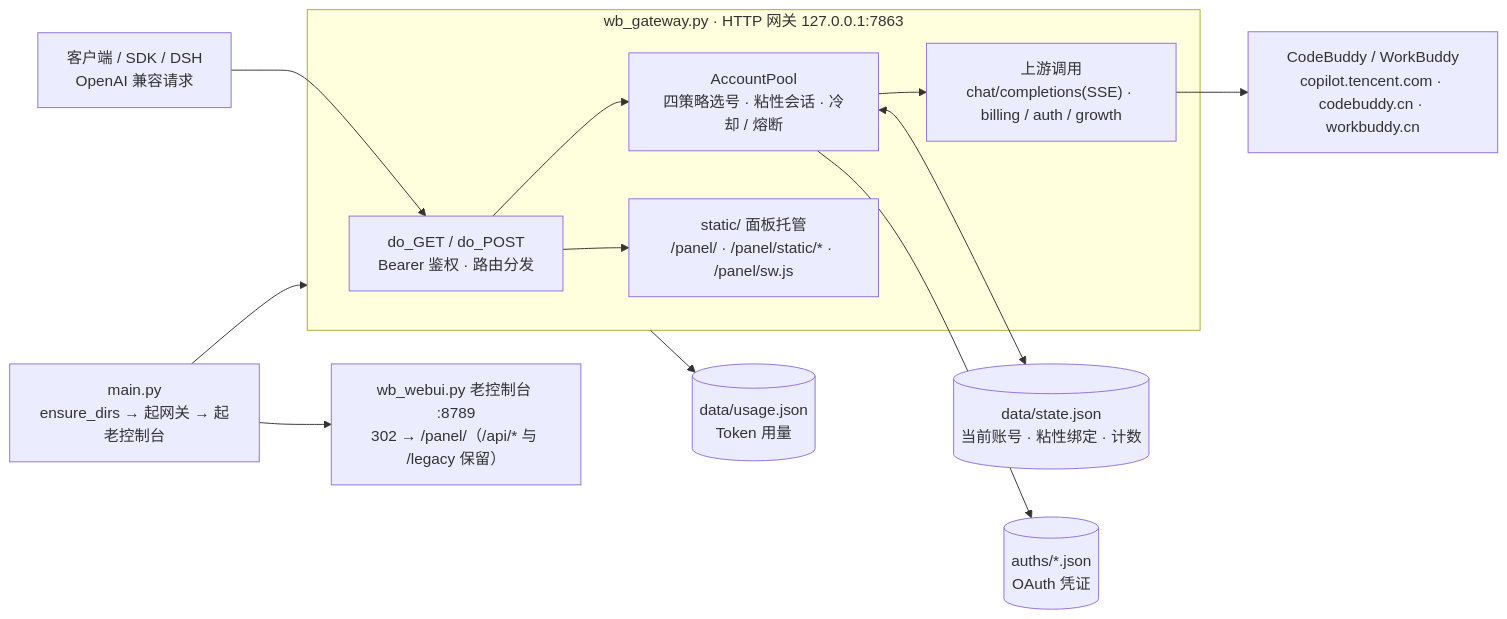
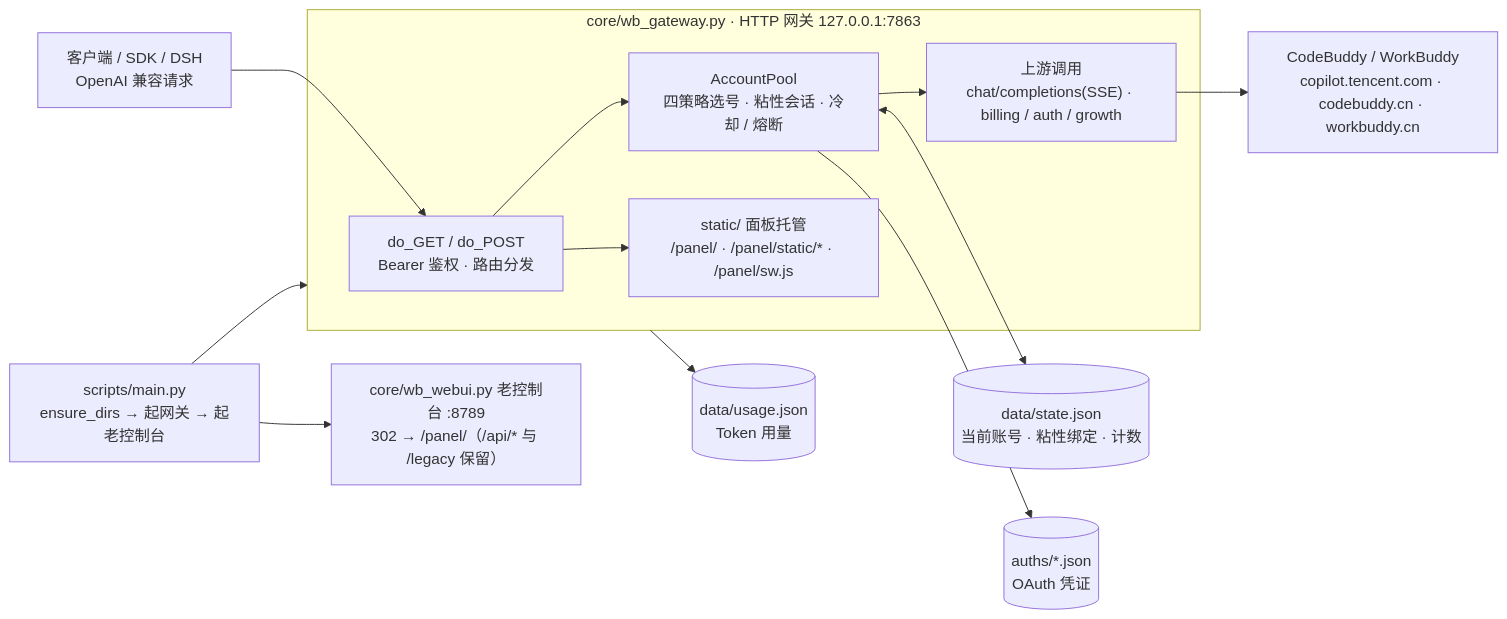
The diagram in README.md (H51806/WorkBuddy), drawn with Mermaid before and after one commit. The commit also changed other lines of this file and 28 other files, not shown here.

First line of the commit message:
refactor: 目录分层（core / scripts / configs / docs），修 GBK 控制台启动崩溃

````diff
--- a/README.md
+++ b/README.md
@@ -163,18 +163,18 @@
 ```mermaid
 flowchart LR
     Client["客户端 / SDK / DSH\nOpenAI 兼容请求"] --> H
 
-    subgraph GW["wb_gateway.py · HTTP 网关 127.0.0.1:7863"]
+    subgraph GW["core/wb_gateway.py · HTTP 网关 127.0.0.1:7863"]
         H["do_GET / do_POST\nBearer 鉴权 · 路由分发"] --> P
         H --> PANEL["static/ 面板托管\n/panel/ · /panel/static/* · /panel/sw.js"]
         P["AccountPool\n四策略选号 · 粘性会话 · 冷却 / 熔断"] --> U
         U["上游调用\nchat/completions(SSE) · billing / auth / growth"]
     end
 
     P <--> ST[("data/state.json\n当前账号 · 粘性绑定 · 计数")]
     P --> AU[("auths/*.json\nOAuth 凭证")]
     U --> CB["CodeBuddy / WorkBuddy\ncopilot.tencent.com · codebuddy.cn · workbuddy.cn"]
     GW --> US[("data/usage.json\nToken 用量")]
-    MAIN["main.py\nensure_dirs → 起网关 → 起老控制台"] --> GW
-    MAIN --> OLD["wb_webui.py 老控制台 :8789\n302 → /panel/（/api/* 与 /legacy 保留）"]
+    MAIN["scripts/main.py\nensure_dirs → 起网关 → 起老控制台"] --> GW
+    MAIN --> OLD["core/wb_webui.py 老控制台 :8789\n302 → /panel/（/api/* 与 /legacy 保留）"]
 ```
````
